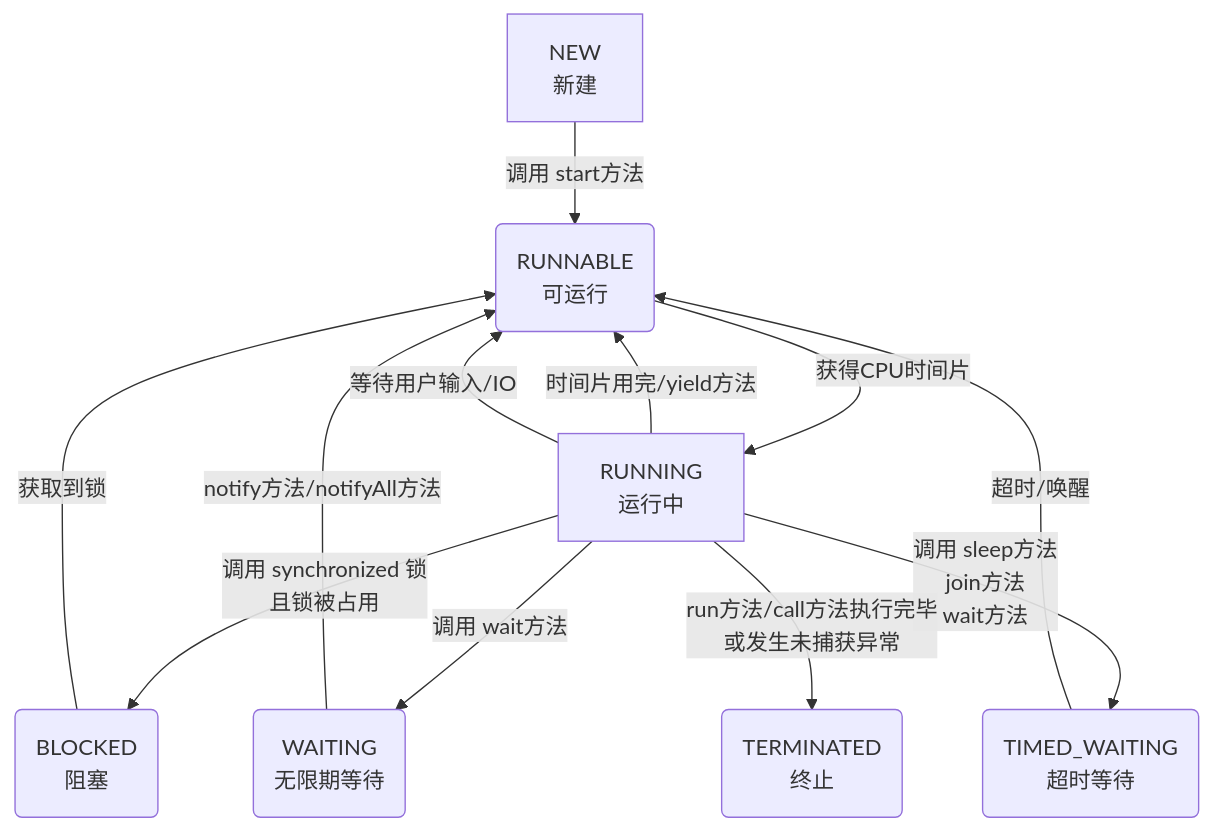
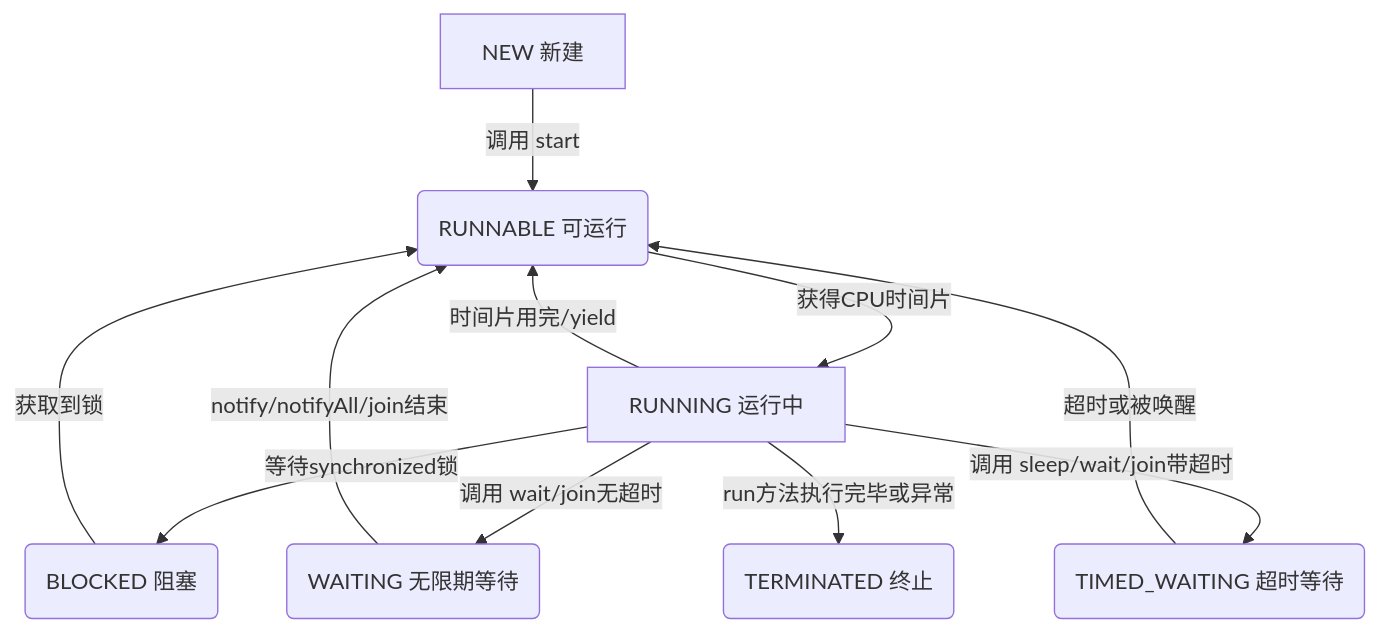
Before and after one commit to zz12121/KnowledgeDevelope: the diagram in 10_DevelopLanguage/001_Java/03_JavaConcurrencySubject/01、线程基础.md, drawn with Mermaid. The commit also changed other lines of this file and 132 other files, not shown here.

````diff
--- a/10_DevelopLanguage/001_Java/03_JavaConcurrencySubject/01、线程基础.md
+++ b/10_DevelopLanguage/001_Java/03_JavaConcurrencySubject/01、线程基础.md
@@ -105,14 +81,13 @@
 ```mermaid
 flowchart TD
-    A[NEW<br>新建] -->|调用 start方法| B(RUNNABLE<br>可运行)
-    B -->|获得CPU时间片| C[RUNNING<br>运行中]
-    C -->|时间片用完/yield方法| B
-    C -->|等待用户输入/IO| B
-    C -->|调用 synchronized 锁<br>且锁被占用| D(BLOCKED<br>阻塞)
+    A[NEW 新建] -->|调用 start| B(RUNNABLE 可运行)
+    B -->|获得CPU时间片| C[RUNNING 运行中]
+    C -->|时间片用完/yield| B
+    C -->|等待synchronized锁| D(BLOCKED 阻塞)
     D -->|获取到锁| B
-    C -->|调用 wait方法| E(WAITING<br>无限期等待)
-    E -->|notify方法/notifyAll方法| B
-    C -->|调用 sleep方法<br>join方法<br>wait方法| F(TIMED_WAITING<br>超时等待)
-    F -->|超时/唤醒| B
-    C -->|run方法/call方法执行完毕<br>或发生未捕获异常| G(TERMINATED<br>终止)
+    C -->|调用 wait/join无超时| E(WAITING 无限期等待)
+    E -->|notify/notifyAll/join结束| B
+    C -->|调用 sleep/wait/join带超时| F(TIMED_WAITING 超时等待)
+    F -->|超时或被唤醒| B
+    C -->|run方法执行完毕或异常| G(TERMINATED 终止)
 ```
````
